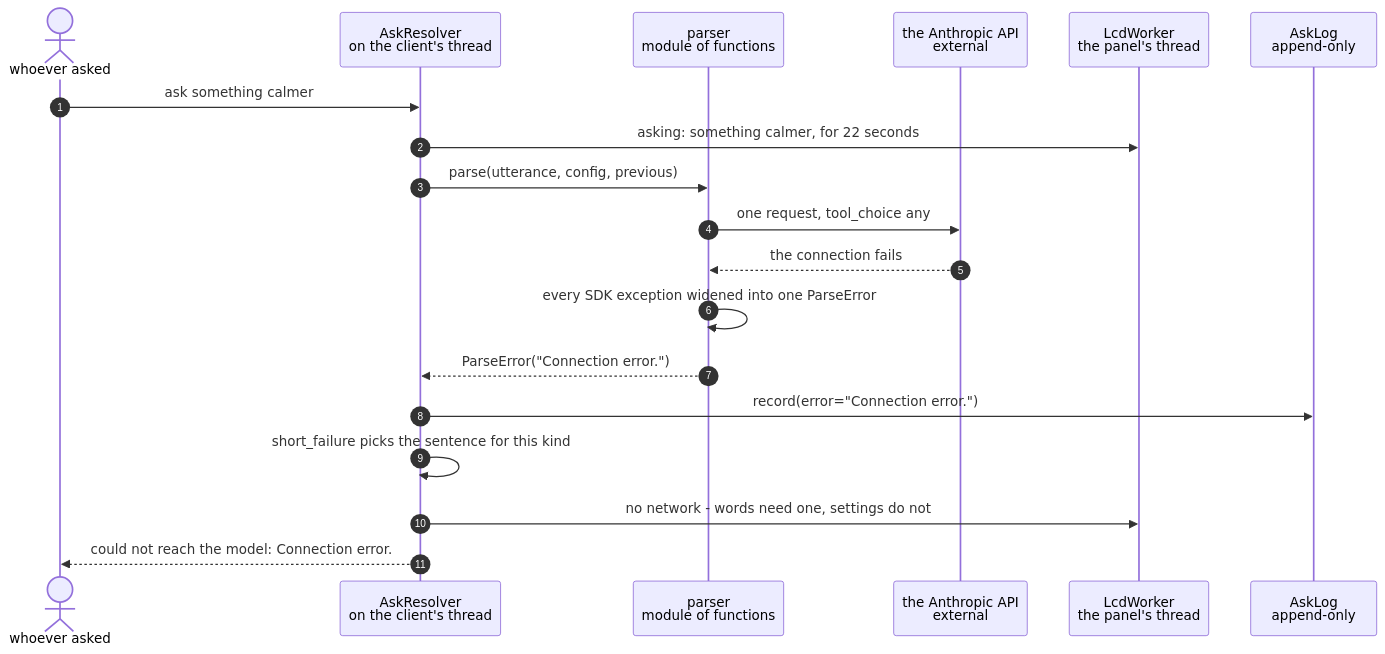
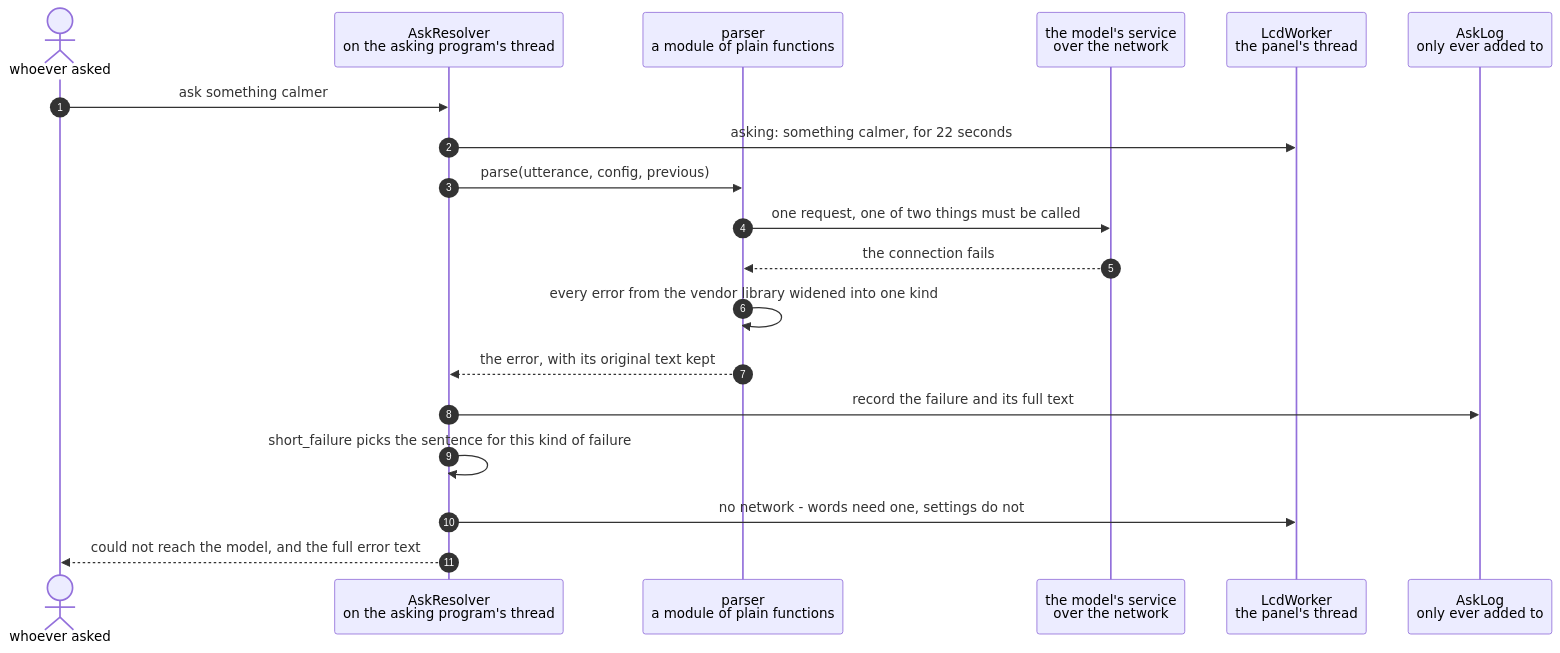
The diagram in docs/scenarios/a-model-parse-fails-and-the-panel-says-which-kind-of-failure-it-was.md (replicant1/AsciiArt-Pi), drawn with Mermaid before and after one commit. The commit also changed other lines of this file and 4 other files, not shown here.

````diff
--- a/docs/scenarios/a-model-parse-fails-and-the-panel-says-which-kind-of-failure-it-was.md
+++ b/docs/scenarios/a-model-parse-fails-and-the-panel-says-which-kind-of-failure-it-was.md
@@ -32,22 +37,22 @@
 ```mermaid
 sequenceDiagram
     autonumber
     actor Asker as whoever asked
-    participant App as AskResolver<br/>on the client's thread
-    participant Pr as parser<br/>module of functions
-    participant API as the Anthropic API<br/>external
+    participant App as AskResolver<br/>on the asking program's thread
+    participant Pr as parser<br/>a module of plain functions
+    participant API as the model's service<br/>over the network
     participant Lcd as LcdWorker<br/>the panel's thread
-    participant Log as AskLog<br/>append-only
+    participant Log as AskLog<br/>only ever added to
 
     Asker->>App: ask something calmer
     App->>Lcd: asking: something calmer, for 22 seconds
     App->>Pr: parse(utterance, config, previous)
-    Pr->>API: one request, tool_choice any
+    Pr->>API: one request, one of two things must be called
     API-->>Pr: the connection fails
-    Pr->>Pr: every SDK exception widened into one ParseError
-    Pr-->>App: ParseError("Connection error.")
-    App->>Log: record(error="Connection error.")
-    App->>App: short_failure picks the sentence for this kind
+    Pr->>Pr: every error from the vendor library widened into one kind
+    Pr-->>App: the error, with its original text kept
+    App->>Log: record the failure and its full text
+    App->>App: short_failure picks the sentence for this kind of failure
     App->>Lcd: no network - words need one, settings do not
-    App-->>Asker: could not reach the model: Connection error.
+    App-->>Asker: could not reach the model, and the full error text
 ```
````
